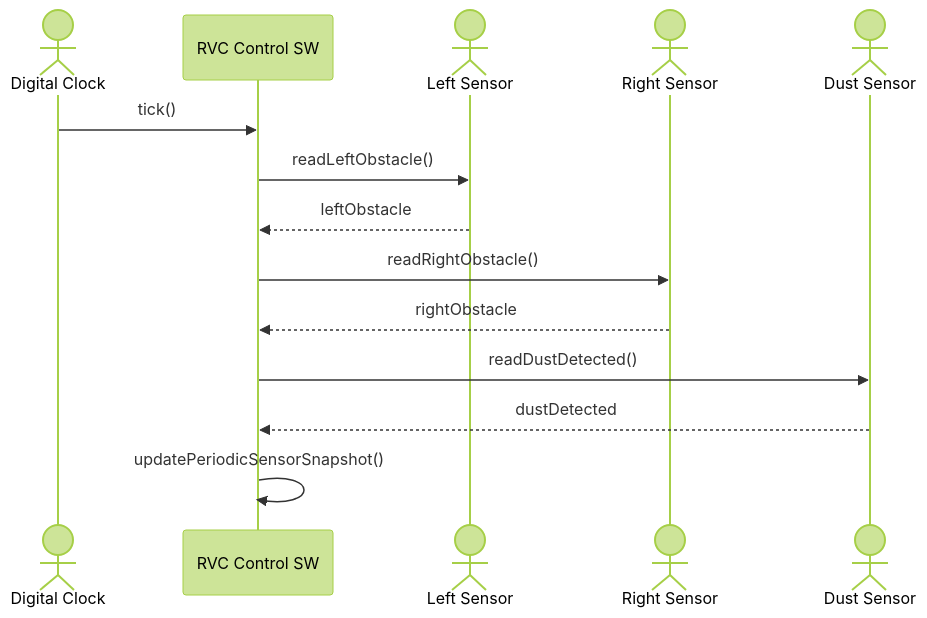
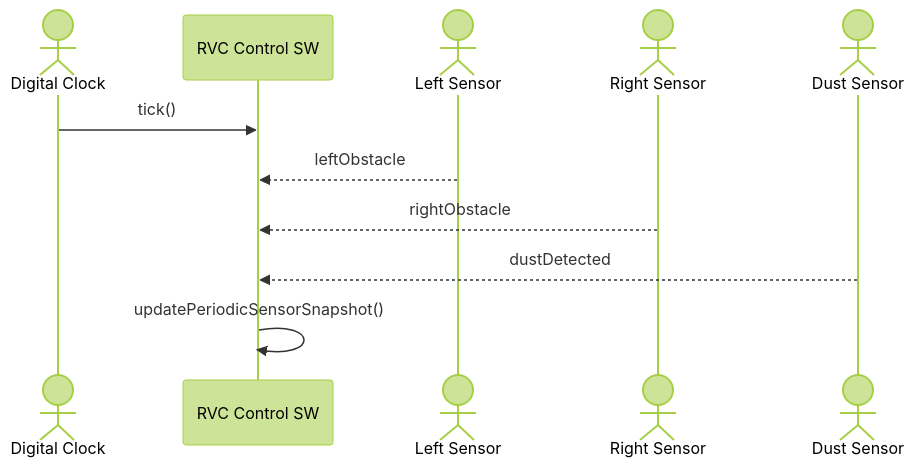
One commit to reload02/ooad-vibe changed the fourth of 6 diagrams in docs/ooa_ssd.md. Above: the diagram before and after it, drawn with Mermaid (forest theme). The commit also changed other lines of this file and 8 other files, not shown here.

````diff
--- a/docs/ooa_ssd.md
+++ b/docs/ooa_ssd.md
@@ -47,17 +68,14 @@
 ```mermaid
 sequenceDiagram
     actor Clock as Digital Clock
     participant System as RVC Control SW
     actor LeftSensor as Left Sensor
     actor RightSensor as Right Sensor
     actor DustSensor as Dust Sensor
 
     Clock->>System: tick()
-    System->>LeftSensor: readLeftObstacle()
     LeftSensor-->>System: leftObstacle
-    System->>RightSensor: readRightObstacle()
     RightSensor-->>System: rightObstacle
-    System->>DustSensor: readDustDetected()
     DustSensor-->>System: dustDetected
     System->>System: updatePeriodicSensorSnapshot()
 ```
````
